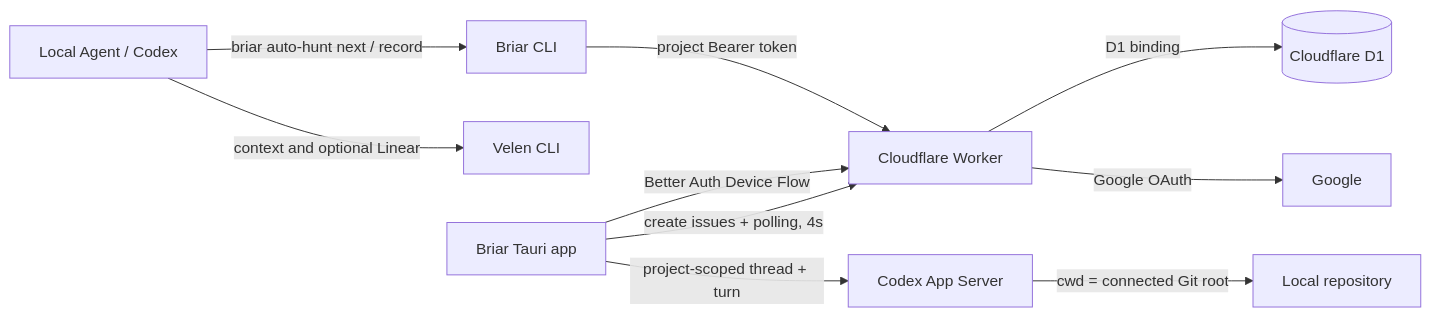
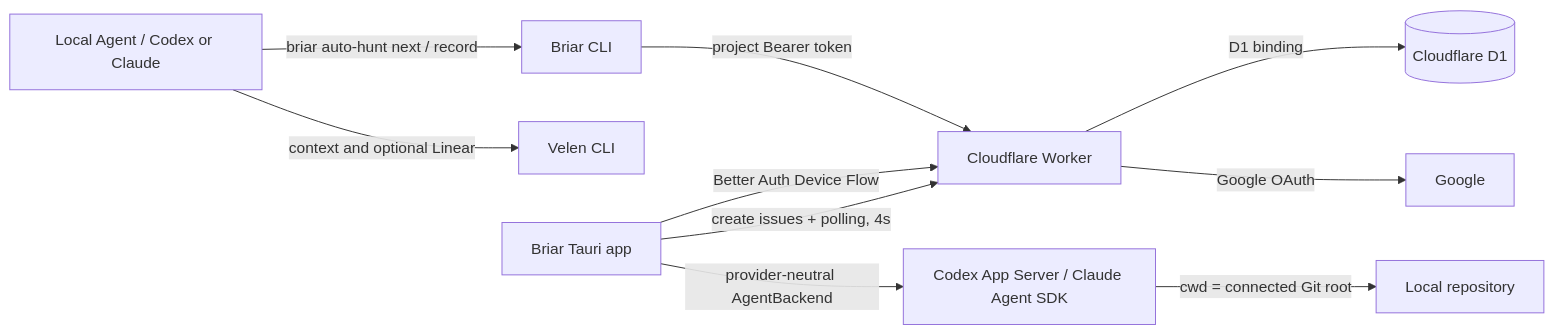
Before and after one commit to wordbricks/briar: the diagram in README.md, drawn with Mermaid. The commit also changed other lines of this file and 28 other files, not shown here.

Commit message:
feat: add Claude agent backend

````diff
--- a/README.md
+++ b/README.md
@@ -30,12 +30,12 @@
 ```mermaid
 flowchart LR
-  A["Local Agent / Codex"] -->|"briar auto-hunt next / record"| C["Briar CLI"]
+  A["Local Agent / Codex or Claude"] -->|"briar auto-hunt next / record"| C["Briar CLI"]
   A -->|"context and optional Linear"| V["Velen CLI"]
   C -->|"project Bearer token"| W["Cloudflare Worker"]
   D["Briar Tauri app"] -->|"Better Auth Device Flow"| W
   D -->|"create issues + polling, 4s"| W
-  D -->|"project-scoped thread + turn"| AS["Codex App Server"]
+  D -->|"provider-neutral AgentBackend"| AS["Codex App Server / Claude Agent SDK"]
   AS -->|"cwd = connected Git root"| R["Local repository"]
   W -->|"D1 binding"| DB[("Cloudflare D1")]
   W -->|"Google OAuth"| G["Google"]
 ```
````
